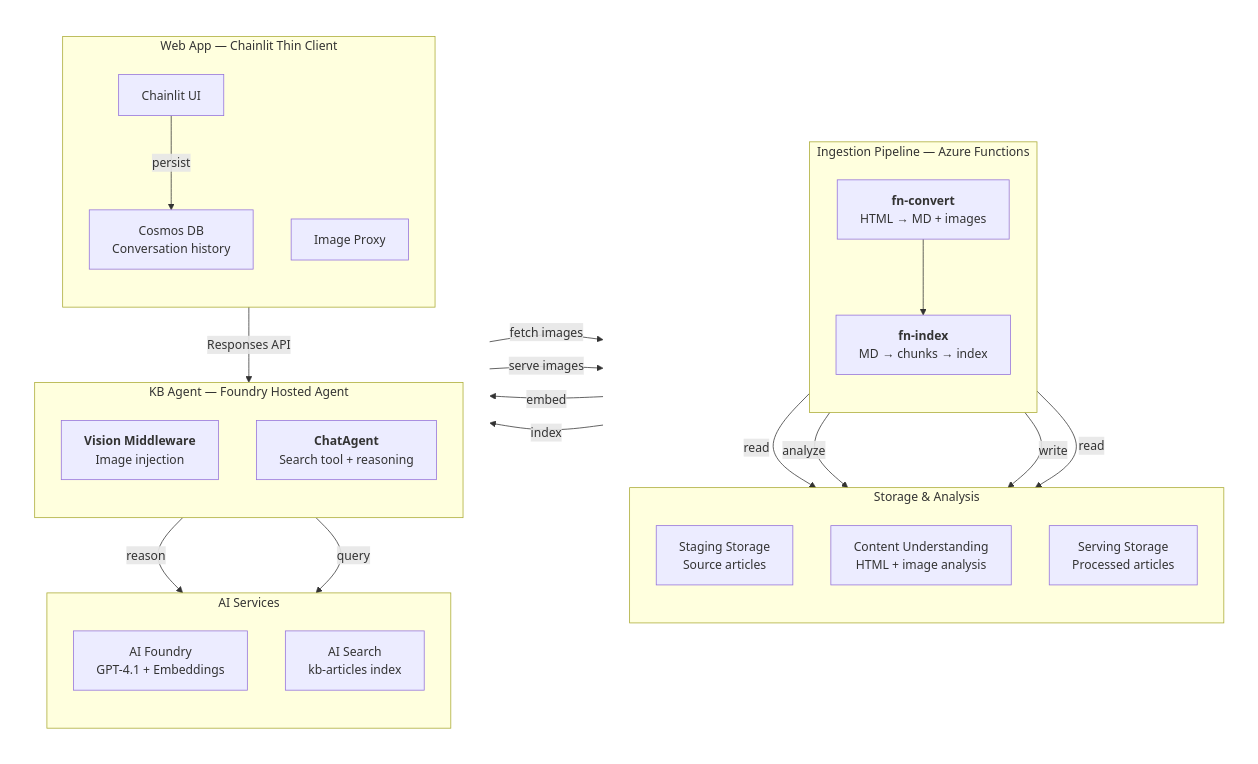
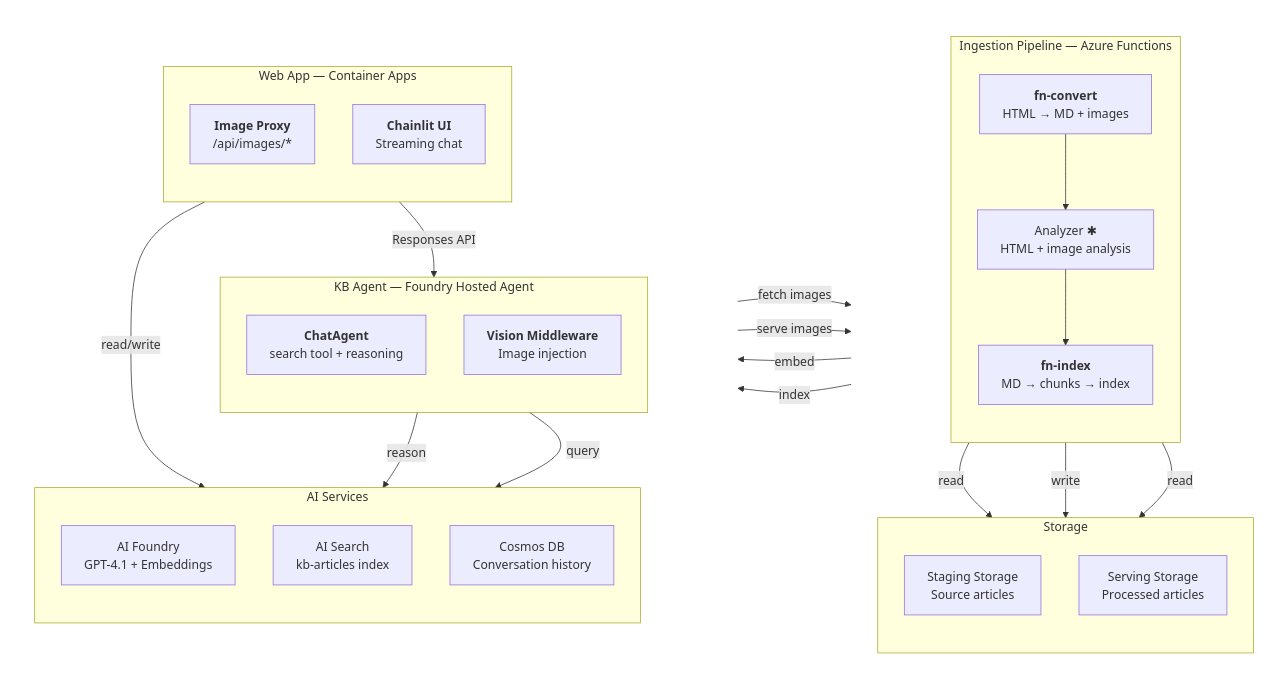
The diagram in README.md (aldelar/azure-knowledge-base-ingestion), drawn with Mermaid before and after one commit.

Commit message:
updated readme with latest architecture

````diff
--- a/README.md
+++ b/README.md
@@ -97,57 +97,56 @@
 ```mermaid
 flowchart LR
     subgraph left[" "]
         direction TB
         subgraph Pipeline["Ingestion Pipeline — Azure Functions"]
             direction TB
             CONV["<b>fn-convert</b><br/>HTML → MD + images"]
+            AN["Analyzer ✱<br/>HTML + image analysis"]
             IDX["<b>fn-index</b><br/>MD → chunks → index"]
-            CONV --> IDX
+            CONV --> AN --> IDX
         end
-        subgraph Sources["Storage & Analysis"]
+        subgraph Sources["Storage"]
             direction TB
             SA1["Staging Storage<br/>Source articles"]
-            CU["Content Understanding<br/>HTML + image analysis"]
             SA2["Serving Storage<br/>Processed articles"]
         end
     end
 
     subgraph right[" "]
         direction TB
         subgraph Center["AI Services"]
             direction TB
             AF["AI Foundry<br/>GPT-4.1 + Embeddings"]
             AIS["AI Search<br/>kb-articles index"]
+            COSMOS["Cosmos DB<br/>Conversation history"]
         end
-        subgraph Agent["KB Agent — Foundry Hosted Agent"]
+        subgraph AgentSvc["KB Agent — Foundry Hosted Agent"]
             direction TB
+            AGENT["<b>ChatAgent</b><br/>search tool + reasoning"]
             VIS["<b>Vision Middleware</b><br/>Image injection"]
-            AGT["<b>ChatAgent</b><br/>Search tool + reasoning"]
         end
-        subgraph WebApp["Web App — Chainlit Thin Client"]
+        subgraph WebApp["Web App — Container Apps"]
             direction TB
-            CL["Chainlit UI"]
-            PROXY["Image Proxy"]
-            COSMOS["Cosmos DB<br/>Conversation history"]
+            PROXY["<b>Image Proxy</b><br/>/api/images/*"]
+            CHAT["<b>Chainlit UI</b><br/>Streaming chat"]
         end
     end
 
     CONV -->|read| SA1
-    CONV -->|analyze| CU
     CONV -->|write| SA2
     IDX -->|read| SA2
 
     IDX -->|embed| AF
     IDX -->|index| AIS
 
-    AGT -->|reason| AF
-    AGT -->|query| AIS
+    AGENT -->|reason| AF
+    AGENT -->|query| AIS
     VIS -->|fetch images| SA2
+
+    CHAT -->|Responses API| AGENT
+    CHAT -->|read/write| COSMOS
     PROXY -->|serve images| SA2
-
-    CL -->|"Responses API"| AGT
-    CL -->|persist| COSMOS
 
     classDef invisible fill:none,stroke:none;
     class left,right invisible;
 ```
````
